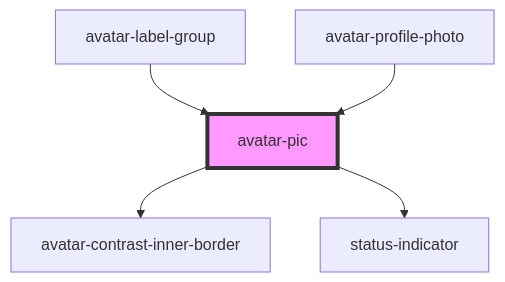
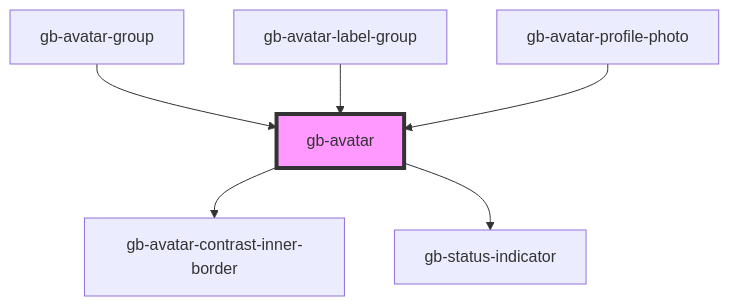
The diagram in src/components/gb-avatar/readme.md (Emmanuel1858/globusComponent), drawn with Mermaid before and after one commit. The commit also changed other lines of this file and 53 other files, not shown here.

````diff
--- a/src/components/gb-avatar/readme.md
+++ b/src/components/gb-avatar/readme.md
@@ -33,8 +35,9 @@
 ```mermaid
 graph TD;
-  avatar-pic --> avatar-contrast-inner-border
-  avatar-pic --> status-indicator
-  avatar-label-group --> avatar-pic
-  avatar-profile-photo --> avatar-pic
-  style avatar-pic fill:#f9f,stroke:#333,stroke-width:4px
+  gb-avatar --> gb-avatar-contrast-inner-border
+  gb-avatar --> gb-status-indicator
+  gb-avatar-group --> gb-avatar
+  gb-avatar-label-group --> gb-avatar
+  gb-avatar-profile-photo --> gb-avatar
+  style gb-avatar fill:#f9f,stroke:#333,stroke-width:4px
 ```
````
